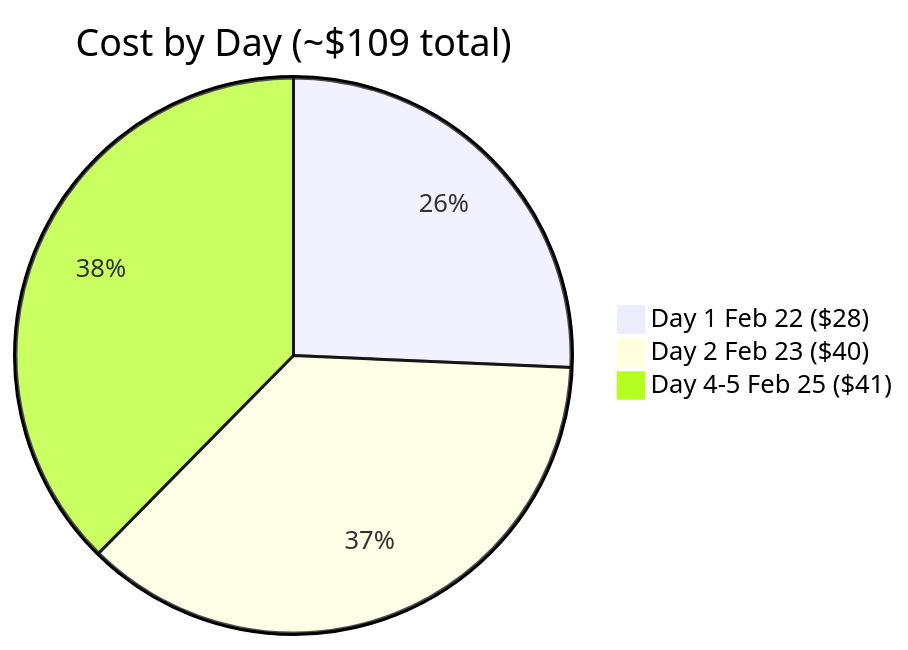
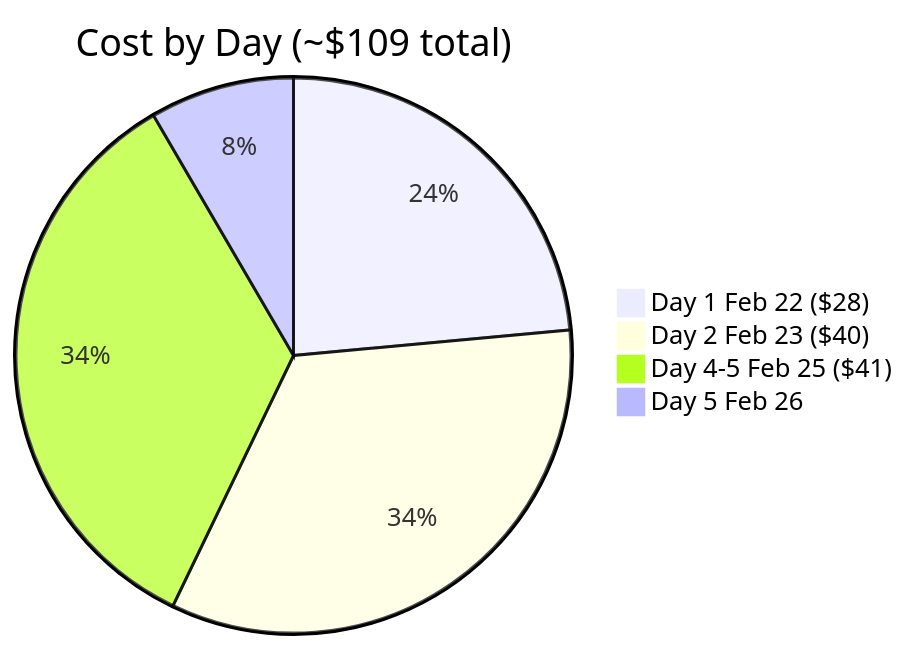
The fourth of 7 diagrams in README.md (atlantdak/claude-code-hackathon-xbo-market-kit), drawn with Mermaid before and after one commit. The commit also changed other lines of this file and 3 other files, not shown here.

````diff
--- a/README.md
+++ b/README.md
@@ -111,6 +116,7 @@
 ```mermaid
 pie title Cost by Day (~$109 total)
     "Day 1 Feb 22 ($28)" : 28
     "Day 2 Feb 23 ($40)" : 40
     "Day 4-5 Feb 25 ($41)" : 41
+    "Day 5 Feb 26" : 10
 ```
````
